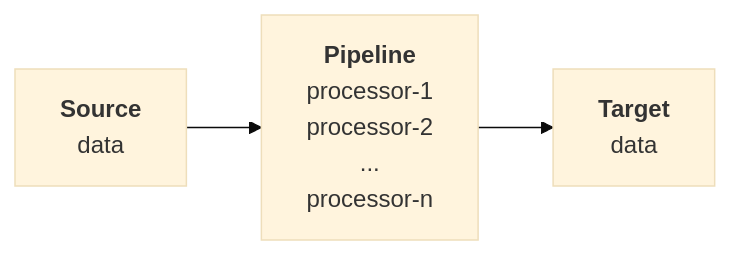
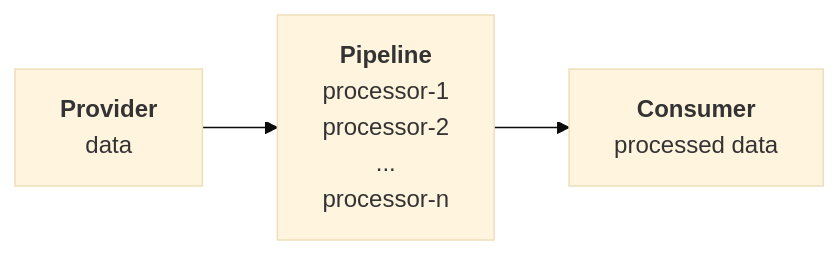
One commit to VirtualMetric/virtualmetric-docs changed the first of 6 diagrams in docs/admin/pipelines/overview.mdx. Above: the diagram before and after it, drawn with Mermaid (base theme). The commit also changed other lines of this file and 2 other files, not shown here.

````diff
--- a/docs/admin/pipelines/overview.mdx
+++ b/docs/admin/pipelines/overview.mdx
@@ -16,17 +16,17 @@
 ```mermaid
 %%{init: {"flowchart": {"htmlLabels": false}}}%%
 flowchart LR
-	source["`**Source**
+	provider["`**Provider**
     data
   `"]
   pipeline["`**Pipeline**
 	  processor-1
     processor-2
     ...
     processor-n
   `"]
-	target["`**Target**
-    data
+	consumer["`**Consumer**
+    processed data
   `"]
-	source --> pipeline --> target
+	provider --> pipeline --> consumer
 ```
````
